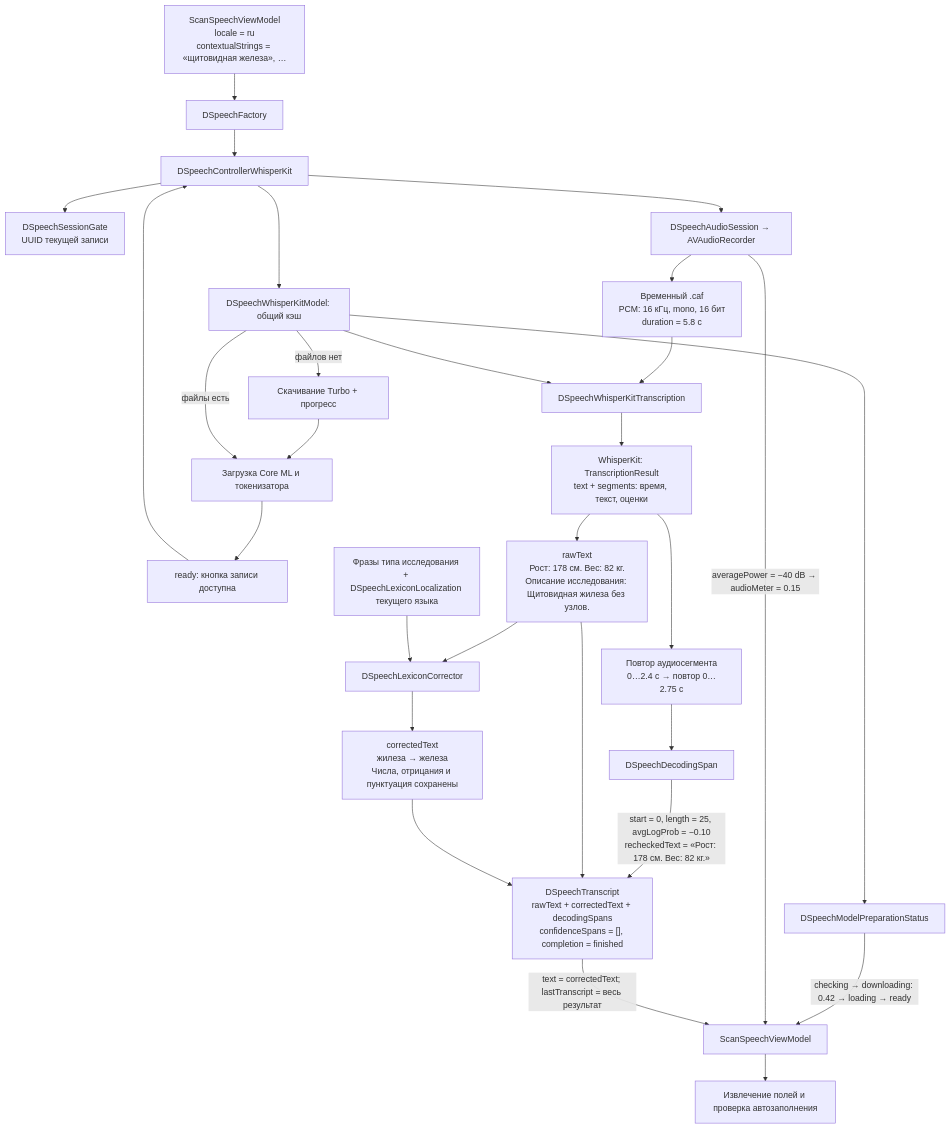
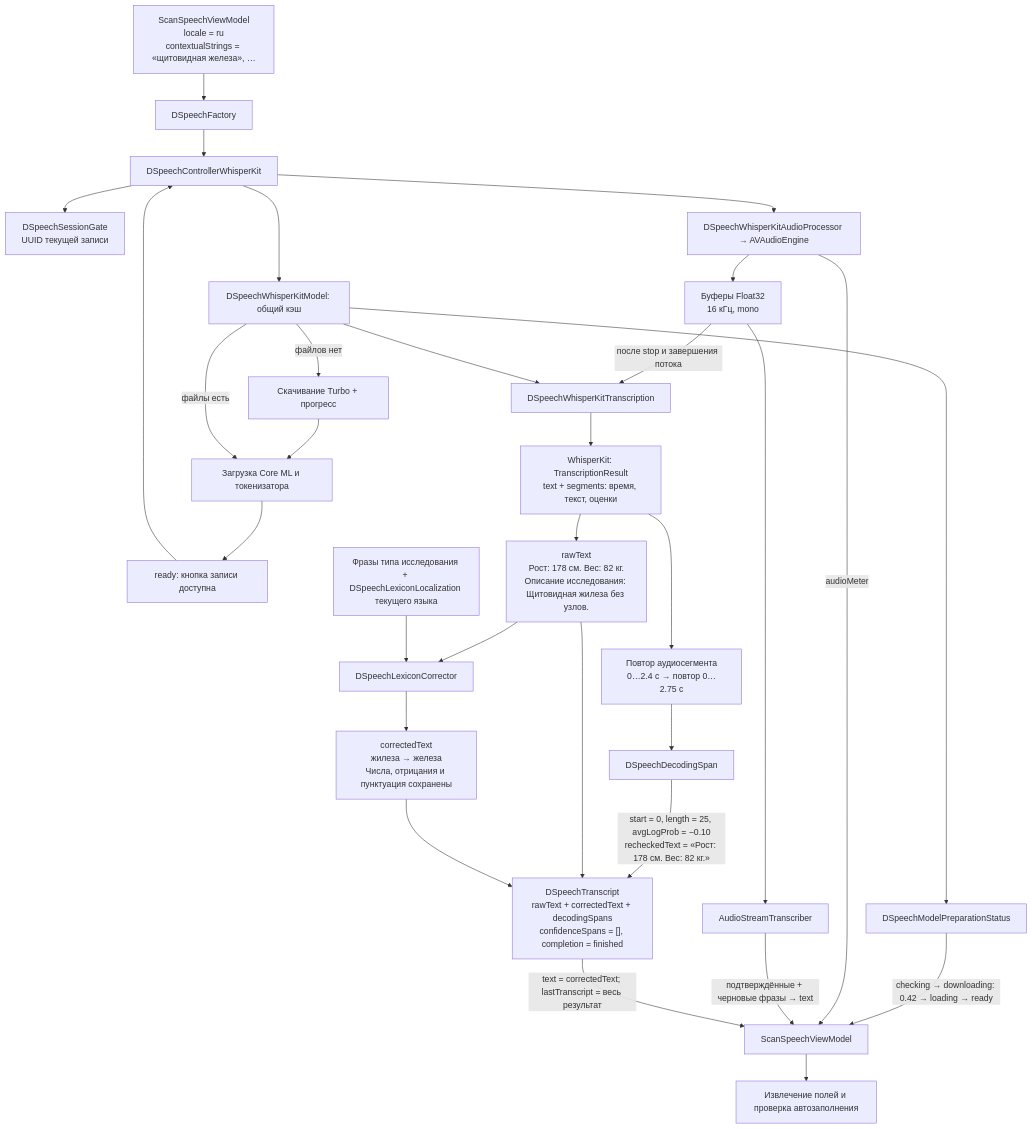
Before and after one commit to ivangalkindeveloper/DoglyadAI: the first of 2 diagrams in ios/DoglyadSpeech/README.md, drawn with Mermaid. The commit also changed other lines of this file and 118 other files, not shown here.

````diff
--- a/ios/DoglyadSpeech/README.md
+++ b/ios/DoglyadSpeech/README.md
@@ -27,31 +27,33 @@
 ```mermaid
 flowchart TD
     Input["ScanSpeechViewModel<br/>locale = ru<br/>contextualStrings = «щитовидная железа», …"] --> Factory[DSpeechFactory]
     Factory --> Controller[DSpeechControllerWhisperKit]
     Controller --> Model[DSpeechWhisperKitModel: общий кэш]
     Model --> Prepare[DSpeechModelPreparationStatus]
     Prepare -->|"checking → downloading: 0.42 → loading → ready"| UI[ScanSpeechViewModel]
     Model -->|файлов нет| Download[Скачивание Turbo + прогресс]
     Download --> Load[Загрузка Core ML и токенизатора]
     Model -->|файлы есть| Load
     Load --> Ready[ready: кнопка записи доступна]
     Ready --> Controller
     Controller --> Session["DSpeechSessionGate<br/>UUID текущей записи"]
-    Controller --> Audio[DSpeechAudioSession → AVAudioRecorder]
-    Audio --> File["Временный .caf<br/>PCM: 16 кГц, mono, 16 бит<br/>duration = 5.8 с"]
-    Audio -->|"averagePower = −40 dB → audioMeter = 0.15"| UI
-    File --> Recognition[DSpeechWhisperKitTranscription]
+    Controller --> Audio[DSpeechWhisperKitAudioProcessor → AVAudioEngine]
+    Audio --> Samples["Буферы Float32<br/>16 кГц, mono"]
+    Audio -->|audioMeter| UI
+    Samples --> Stream[AudioStreamTranscriber]
+    Stream -->|"подтверждённые + черновые фразы → text"| UI
+    Samples -->|"после stop и завершения потока"| Recognition[DSpeechWhisperKitTranscription]
     Model --> Recognition
     Recognition --> First["WhisperKit: TranscriptionResult<br/>text + segments: время, текст, оценки"]
     First --> Raw["rawText<br/>Рост: 178 см. Вес: 82 кг.<br/>Описание исследования: Щитовидная жилеза без узлов."]
     First --> Repeat["Повтор аудиосегмента<br/>0…2.4 с → повтор 0…2.75 с"]
     Repeat --> Spans[DSpeechDecodingSpan]
     Spans -->|"start = 0, length = 25, avgLogProb = −0.10<br/>recheckedText = «Рост: 178 см. Вес: 82 кг.»"| Transcript
     Raw --> Correction[DSpeechLexiconCorrector]
     Vocabulary[Фразы типа исследования + DSpeechLexiconLocalization текущего языка] --> Correction
     Correction --> Corrected["correctedText<br/>жилеза → железа<br/>Числа, отрицания и пунктуация сохранены"]
     Raw --> Transcript["DSpeechTranscript<br/>rawText + correctedText + decodingSpans<br/>confidenceSpans = [], completion = finished"]
     Corrected --> Transcript
     Transcript -->|"text = correctedText; lastTranscript = весь результат"| UI
     UI --> Parsing[Извлечение полей и проверка автозаполнения]
 ```
````
